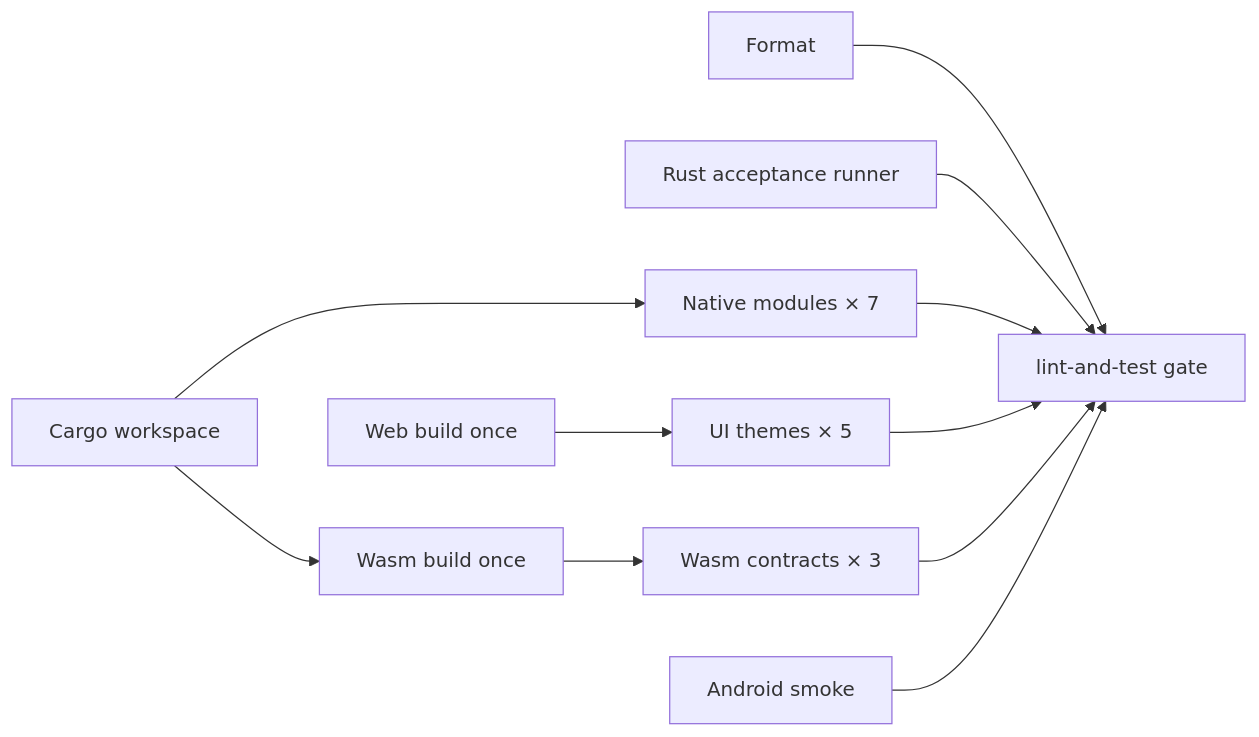
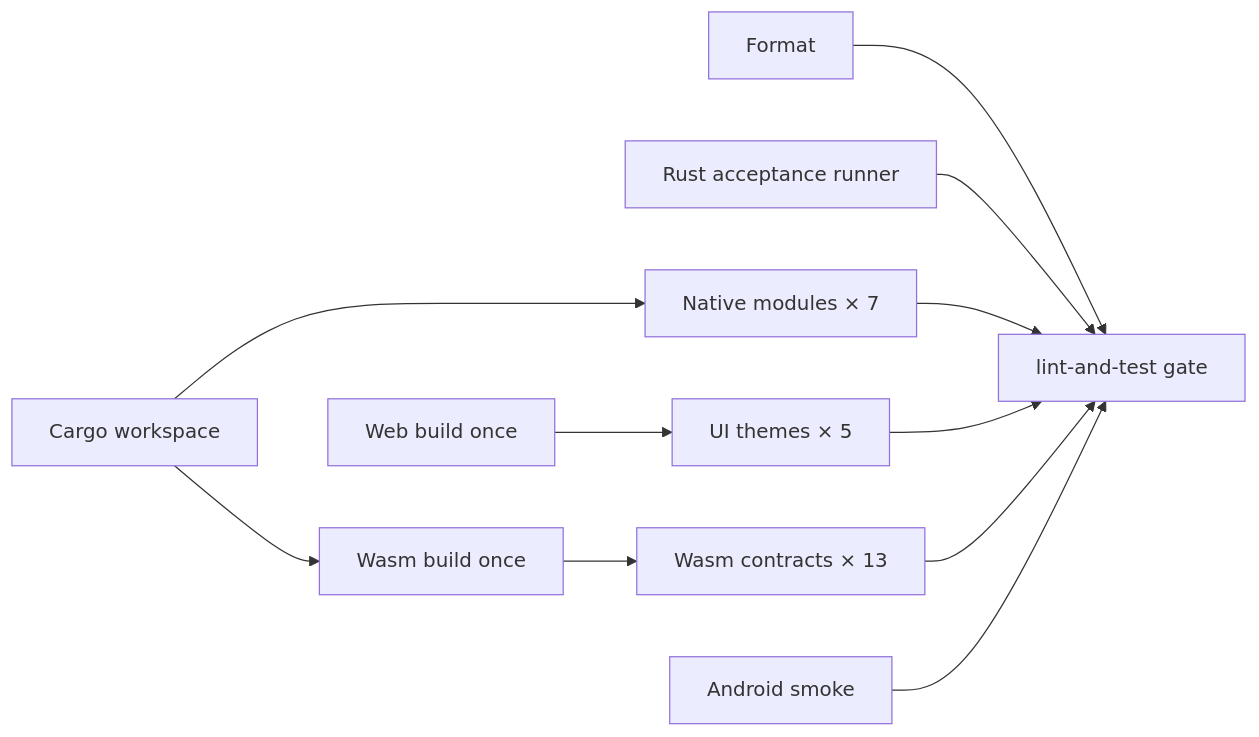
Before and after one commit to Develata/RSS-Reader: the diagram in docs/testing/mainline-validation-matrix.md, drawn with Mermaid. The commit also changed other lines of this file and 102 other files, not shown here.

````diff
--- a/docs/testing/mainline-validation-matrix.md
+++ b/docs/testing/mainline-validation-matrix.md
@@ -48,13 +48,13 @@
 ```mermaid
 flowchart LR
   W[Cargo workspace] --> N[Native modules × 7]
   B[Web build once] --> U[UI themes × 5]
   F[Format] --> G[lint-and-test gate]
   T[Rust acceptance runner] --> G
   N --> G
   U --> G
   W --> CB[Wasm build once]
-  CB --> C[Wasm contracts × 3]
+  CB --> C[Wasm contracts × 13]
   C --> G
   A[Android smoke] --> G
 ```
````
